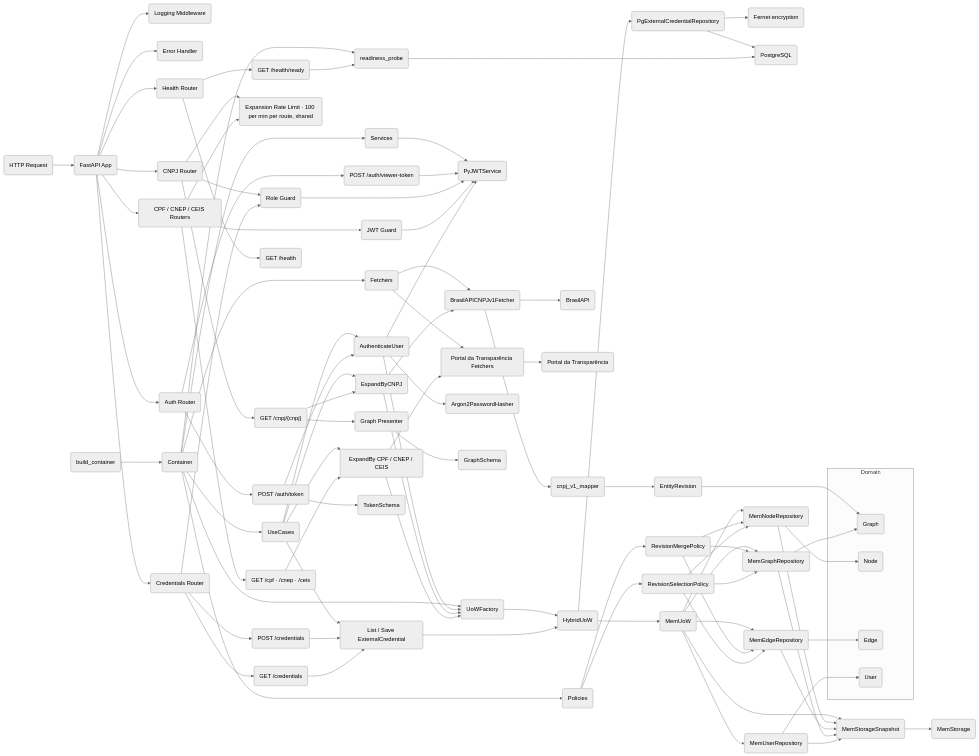
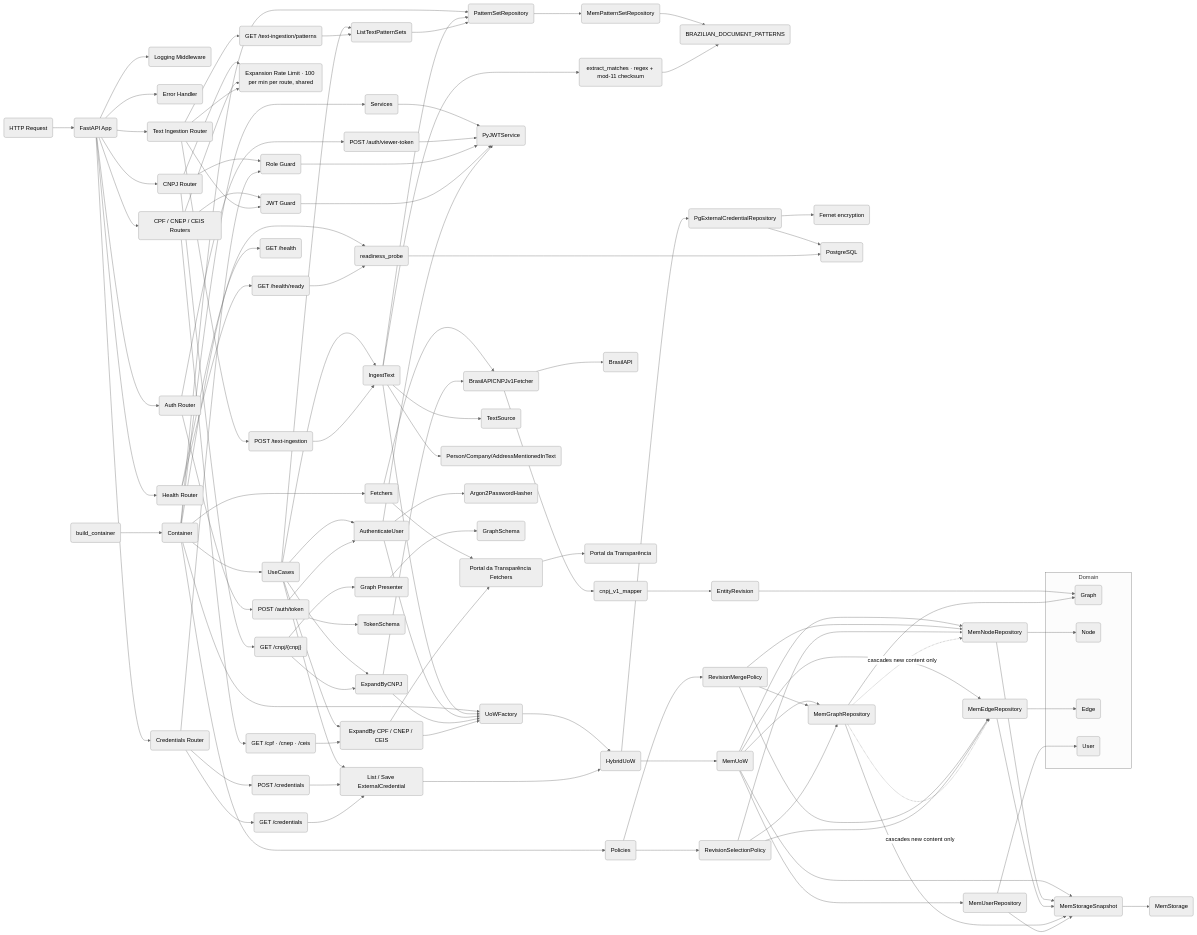
Before and after one commit to geldois/osint-engine: the diagram in README.md, drawn with Mermaid (neutral theme). The commit also changed other lines of this file and 56 other files, not shown here.

Commit message:
feat(text-ingestion): add stub-and-link entity extraction from free text

```diff
--- a/README.md
+++ b/README.md
@@ -40,6 +40,7 @@
     FastAPI --> ExpansionRouters("CPF / CNEP / CEIS Routers")
     FastAPI --> CredentialsRouter("Credentials Router")
     FastAPI --> HealthRouter("Health Router")
+    FastAPI --> TextIngestionRouter("Text Ingestion Router")
 
     AuthRouter --> PostToken("POST /auth/token")
     AuthRouter --> PostViewerToken("POST /auth/viewer-token")
@@ -54,9 +55,14 @@
     CredentialsRouter --> GetCredentials("GET /credentials")
     HealthRouter --> Liveness("GET /health")
     HealthRouter --> Readiness("GET /health/ready")
+    TextIngestionRouter --> JwtGuard
+    TextIngestionRouter --> ExpansionRateLimit
+    TextIngestionRouter --> GetPatterns("GET /text-ingestion/patterns")
+    TextIngestionRouter --> PostIngestion("POST /text-ingestion")
 
     Bootstrap("build_container") --> Container("Container")
     Container --> Fetchers("Fetchers")
+    Container --> PatternSets("PatternSetRepository")
     Container --> Policies("Policies")
     Container --> Services("Services")
     Container --> UoWFactory("UoWFactory")
@@ -67,9 +73,13 @@
     UseCases --> ExpandByCNPJ("ExpandByCNPJ")
     UseCases --> ExpandByPortal("ExpandBy CPF / CNEP / CEIS")
     UseCases --> CredentialUseCases("List / Save ExternalCredential")
+    UseCases --> IngestText("IngestText")
+    UseCases --> ListPatternSets("ListTextPatternSets")
     Services --> PyJWTService("PyJWTService")
     Fetchers --> CNPJFetcher("BrasilAPICNPJv1Fetcher")
     Fetchers --> PortalFetchers("Portal da Transparência Fetchers")
+    PatternSets --> MemPatternSets("MemPatternSetRepository")
+    MemPatternSets --> DefaultPatterns("BRAZILIAN_DOCUMENT_PATTERNS")
 
     PostToken --> AuthenticateUser
     PostViewerToken --> PyJWTService
@@ -77,9 +87,19 @@
     GetExpansion --> ExpandByPortal
     PostCredential --> CredentialUseCases
     GetCredentials --> CredentialUseCases
+    GetPatterns --> ListPatternSets
+    PostIngestion --> IngestText
     Readiness --> ReadinessProbe
     RoleGuard --> PyJWTService
     JwtGuard --> PyJWTService
+
+    IngestText --> UoWFactory
+    IngestText --> PatternSets
+    IngestText --> ExtractMatches("extract_matches · regex + mod-11 checksum")
+    ExtractMatches --> DefaultPatterns
+    IngestText --> TextSourceNode("TextSource")
+    IngestText --> MentionEdges("Person/Company/AddressMentionedInText")
+    ListPatternSets --> PatternSets
 
     AuthenticateUser --> UoWFactory
     AuthenticateUser --> Argon2("Argon2PasswordHasher")
@@ -127,6 +147,8 @@
     EdgeRepo --> Edge
     GraphRepo --> Graph
     UserRepo --> User
+    GraphRepo -.cascades new content only.-> NodeRepo
+    GraphRepo -.cascades new content only.-> EdgeRepo
 
     GetCNPJ --> GraphPresenter("Graph Presenter")
     GraphPresenter --> GraphSchema("GraphSchema")
```
